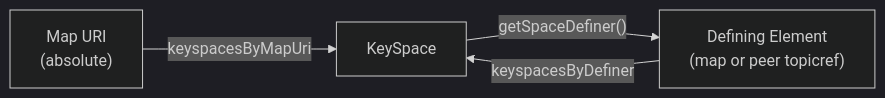
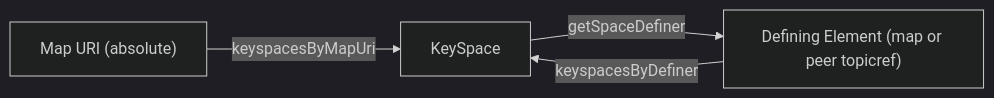
One commit to dita-community/pydita changed the second of 3 diagrams in docs/images/keyspace-data-model.md. Above: the diagram before and after it, drawn with Mermaid (dark theme). The commit also changed other lines of this file and 3 other files, not shown here.

First line of the commit message:
#8: Fix Mermaid parse errors in diagram files

````diff
--- a/docs/images/keyspace-data-model.md
+++ b/docs/images/keyspace-data-model.md
@@ -74,6 +75,6 @@
 ```mermaid
 flowchart LR
-    MapURI["Map URI\n(absolute)"] -->|"keyspacesByMapUri"| KS["KeySpace"]
-    DefElem["Defining Element\n(map or peer topicref)"] -->|"keyspacesByDefiner"| KS
-    KS -->|"getSpaceDefiner()"| DefElem
+    MapURI["Map URI (absolute)"] -->|keyspacesByMapUri| KS["KeySpace"]
+    DefElem["Defining Element (map or peer topicref)"] -->|keyspacesByDefiner| KS
+    KS -->|getSpaceDefiner| DefElem
 ```
````
